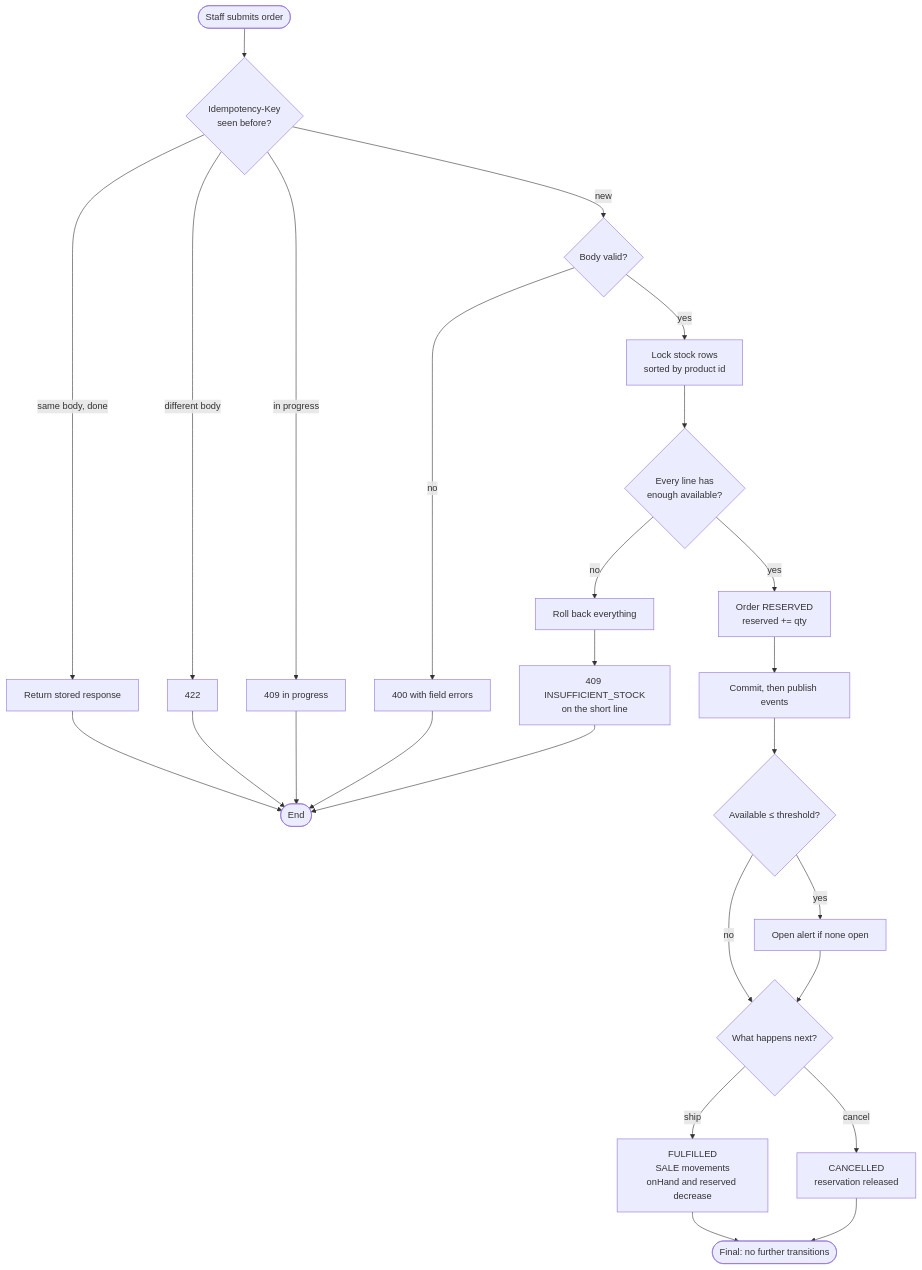
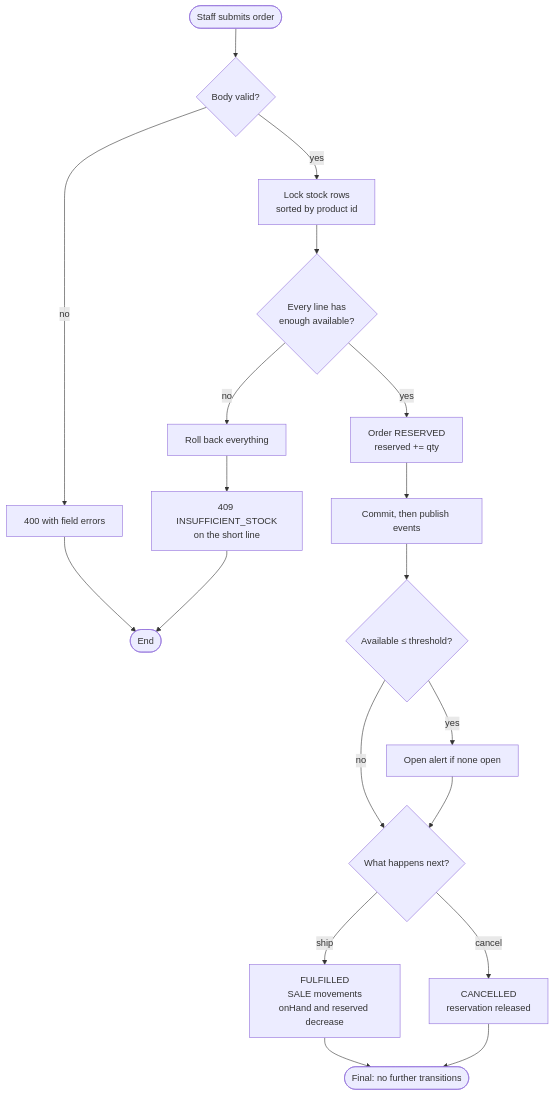
The fourth of 5 diagrams in docs/05-sequence-activity.md (antedotee/sd-project-inventory-system), drawn with Mermaid before and after one commit. The commit also changed other lines of this file and 35 other files, not shown here.

Commit message:
refactored code a bit, updated the diagram

````diff
--- a/docs/05-sequence-activity.md
+++ b/docs/05-sequence-activity.md
@@ -124,22 +110,18 @@
 ```mermaid
 flowchart TD
-  start([Staff submits order]) --> key{Idempotency-Key<br/>seen before?}
-  key -- same body, done --> replay[Return stored response] --> done([End])
-  key -- different body --> e422[422] --> done
-  key -- in progress --> e409a[409 in progress] --> done
-  key -- new --> valid{Body valid?}
-  valid -- no --> e400[400 with field errors] --> done
+  start([Staff submits order]) --> valid{Body valid?}
+  valid -- no --> e400[400 with field errors] --> done([End])
   valid -- yes --> lock[Lock stock rows<br/>sorted by product id]
   lock --> enough{Every line has<br/>enough available?}
   enough -- no --> rollback[Roll back everything] --> e409[409 INSUFFICIENT_STOCK<br/>on the short line] --> done
   enough -- yes --> reserved[Order RESERVED<br/>reserved += qty]
   reserved --> commit[Commit, then publish events]
   commit --> low{Available ≤ threshold?}
   low -- yes --> alert[Open alert if none open]
   low -- no --> wait
   alert --> wait{What happens next?}
   wait -- ship --> fulfil[FULFILLED<br/>SALE movements<br/>onHand and reserved decrease]
   wait -- cancel --> cancel[CANCELLED<br/>reservation released]
   fulfil --> final([Final: no further transitions])
   cancel --> final
 ```
````
